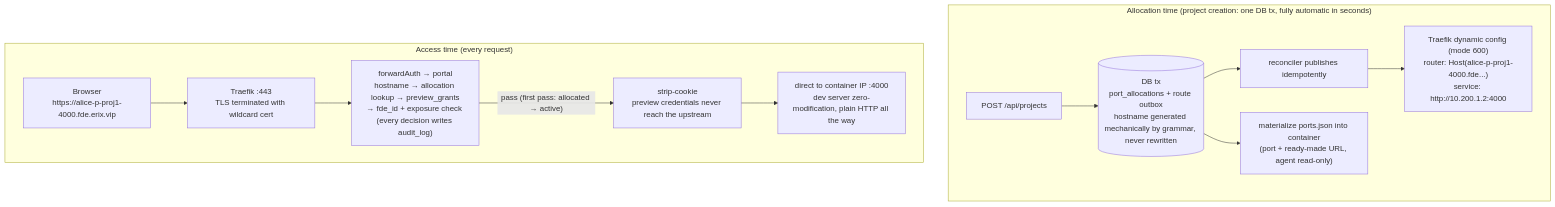
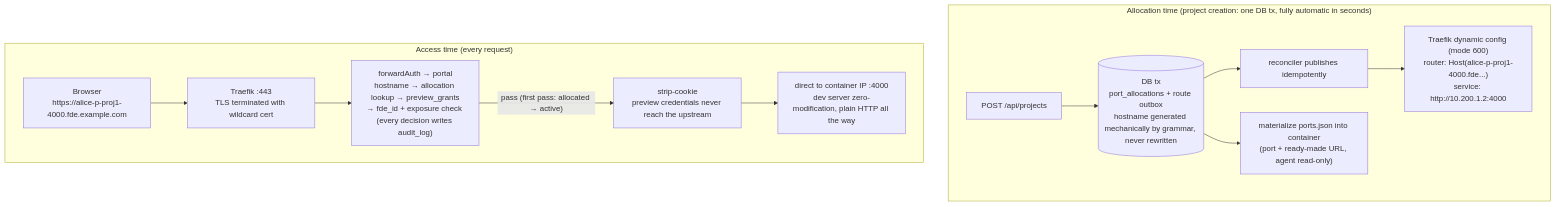
One commit to ErixWong/erix-station changed the fourth of 4 diagrams in docs/charts.en.md. Above: the diagram before and after it, drawn with Mermaid. The commit also changed other lines of this file and 14 other files, not shown here.

````diff
--- a/docs/charts.en.md
+++ b/docs/charts.en.md
@@ -205,16 +207,16 @@
 ```mermaid
 flowchart TB
     subgraph alloc["Allocation time (project creation: one DB tx, fully automatic in seconds)"]
         A["POST /api/projects"] --> B[("DB tx<br/>port_allocations + route outbox<br/>hostname generated mechanically by grammar, never rewritten")]
         B --> C["reconciler publishes idempotently"]
         C --> D["Traefik dynamic config (mode 600)<br/>router: Host(alice-p-proj1-4000.fde...)<br/>service: http://10.200.1.2:4000"]
         B --> E["materialize ports.json into container<br/>(port + ready-made URL, agent read-only)"]
     end
 
     subgraph access["Access time (every request)"]
-        BR2["Browser<br/>https://alice-p-proj1-4000.fde.erix.vip"] --> T2["Traefik :443<br/>TLS terminated with wildcard cert"]
+        BR2["Browser<br/>https://alice-p-proj1-4000.fde.example.com"] --> T2["Traefik :443<br/>TLS terminated with wildcard cert"]
         T2 --> FA["forwardAuth → portal<br/>hostname → allocation lookup → preview_grants<br/>→ fde_id + exposure check (every decision writes audit_log)"]
         FA -- "pass (first pass: allocated → active)" --> SC["strip-cookie<br/>preview credentials never reach the upstream"]
         SC --> IP["direct to container IP :4000<br/>dev server zero-modification, plain HTTP all the way"]
     end
 ```
````
